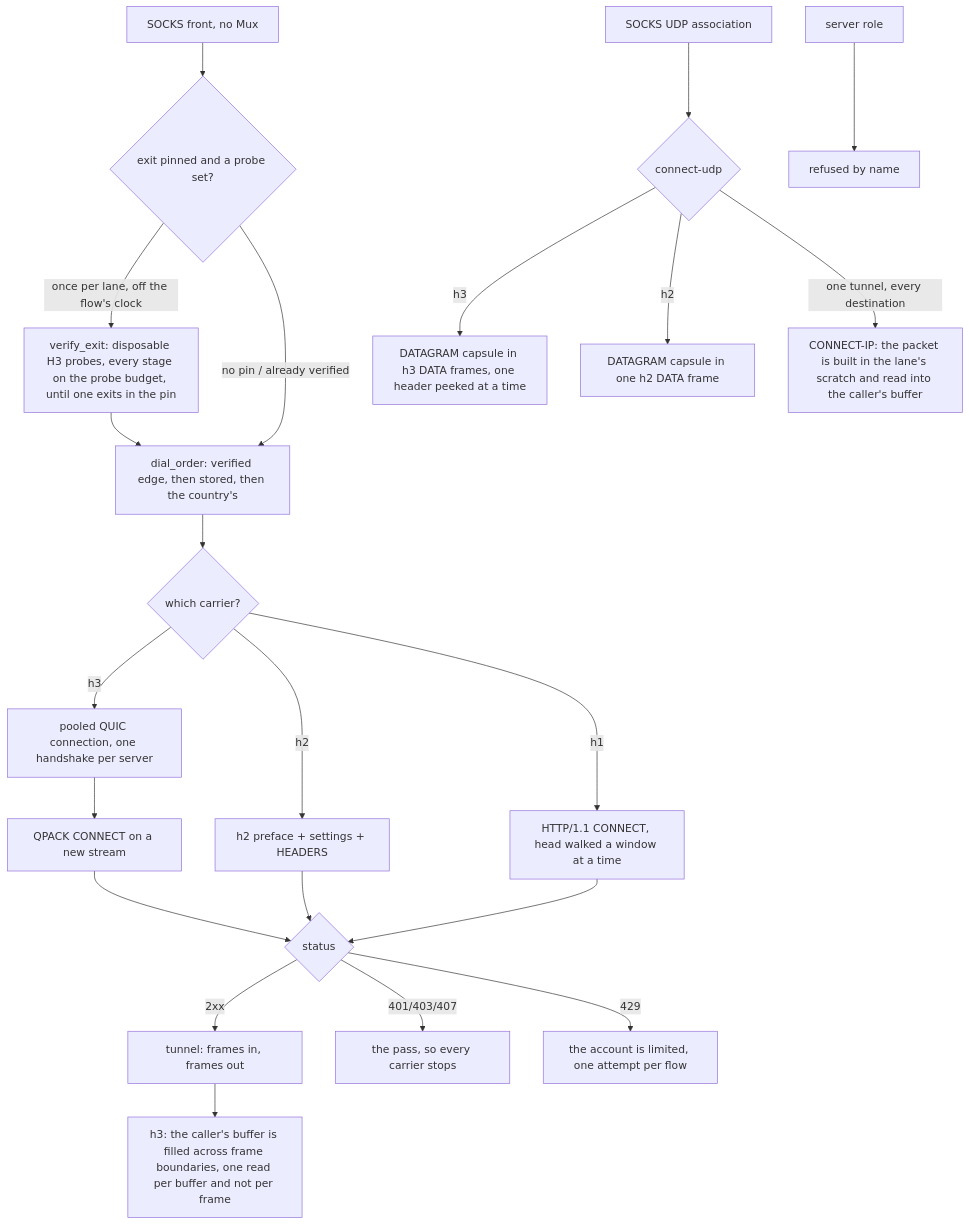
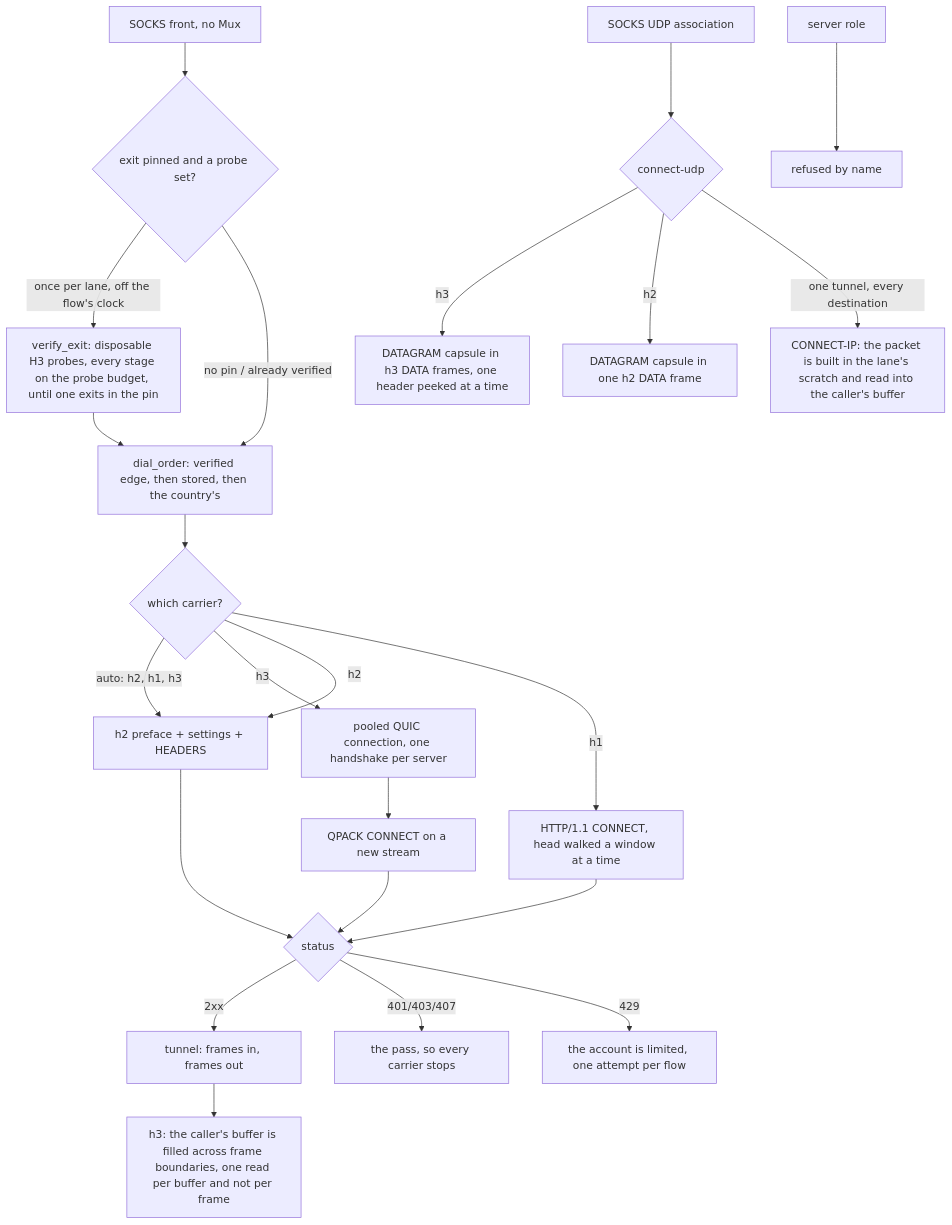
One commit to Ferrocite/ferrox changed the diagram in docs/function/carrier-foxy.md. Above: the diagram before and after it, drawn with Mermaid. The commit also changed other lines of this file and 6 other files, not shown here.

````diff
--- a/docs/function/carrier-foxy.md
+++ b/docs/function/carrier-foxy.md
@@ -20,24 +20,25 @@
 ```mermaid
 graph TD
     S["SOCKS front, no Mux"] --> V{"exit pinned and a probe set?"}
     V -- "once per lane, off the flow's clock" --> P["verify_exit: disposable H3 probes, every stage on the probe budget, until one exits in the pin"]
     P --> O["dial_order: verified edge, then stored, then the country's"]
     V -- "no pin / already verified" --> O
     O --> T{"which carrier?"}
+    T -- "auto: h2, h1, h3" --> G
     T -- h3 --> Pq["pooled QUIC connection, one handshake per server"]
     Pq --> H["QPACK CONNECT on a new stream"]
     T -- h2 --> G["h2 preface + settings + HEADERS"]
     T -- h1 --> L["HTTP/1.1 CONNECT, head walked a window at a time"]
     H --> R{"status"}
     G --> R
     L --> R
     R -- 2xx --> D["tunnel: frames in, frames out"]
     D --> D2["h3: the caller's buffer is filled across frame boundaries, one read per buffer and not per frame"]
     R -- 401/403/407 --> X["the pass, so every carrier stops"]
     R -- 429 --> Y["the account is limited, one attempt per flow"]
     U["SOCKS UDP association"] --> Q{"connect-udp"}
     Q -- h3 --> C["DATAGRAM capsule in h3 DATA frames, one header peeked at a time"]
     Q -- h2 --> E["DATAGRAM capsule in one h2 DATA frame"]
     Q -- "one tunnel, every destination" --> I["CONNECT-IP: the packet is built in the lane's scratch and read into the caller's buffer"]
     H2S["server role"] --> N["refused by name"]
 ```
````
